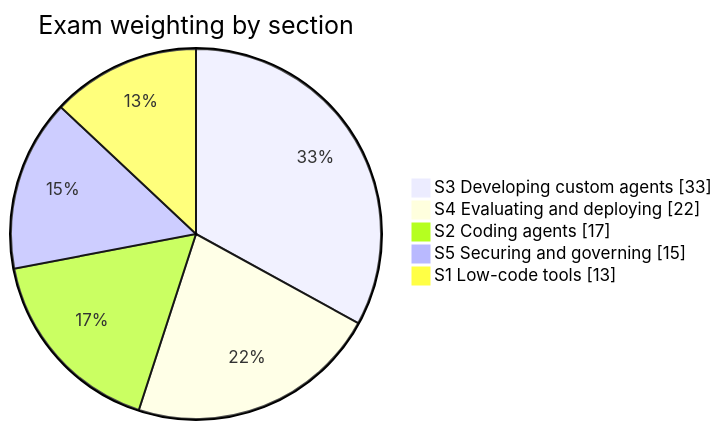
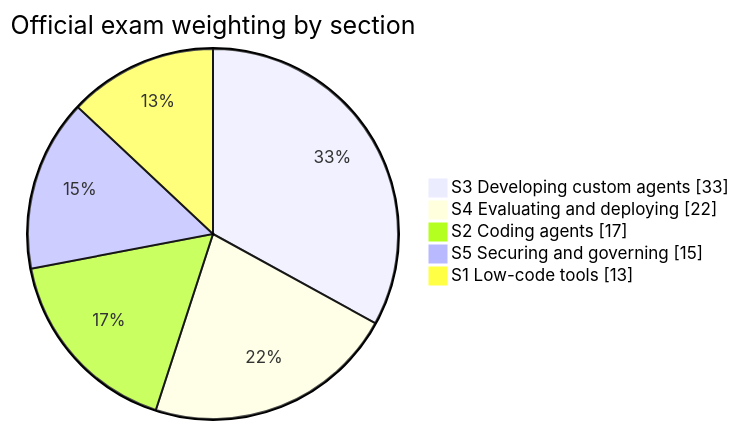
One commit to cmanikandan/gcp-certification-professional-agentic-architect changed the first of 2 diagrams in README.md. Above: the diagram before and after it, drawn with Mermaid. The commit also changed other lines of this file and 78 other files, not shown here.

Commit message:
Rewrite course & 80-question practice exam for official Exam Guide & Beta insights

````diff
--- a/README.md
+++ b/README.md
@@ -28,9 +30,9 @@
 ```mermaid
 pie showData
-    title Exam weighting by section
+    title Official exam weighting by section
     "S3 Developing custom agents" : 33
     "S4 Evaluating and deploying" : 22
     "S2 Coding agents" : 17
     "S5 Securing and governing" : 15
     "S1 Low-code tools" : 13
 ```
````
